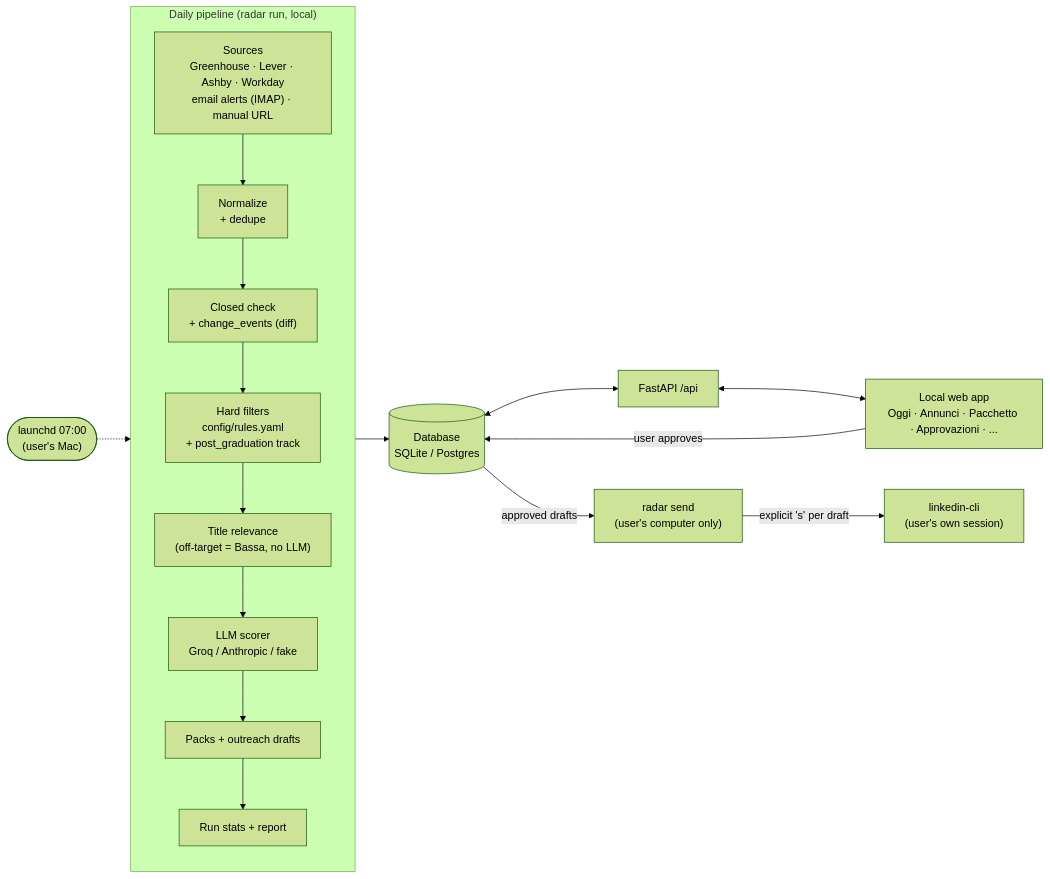
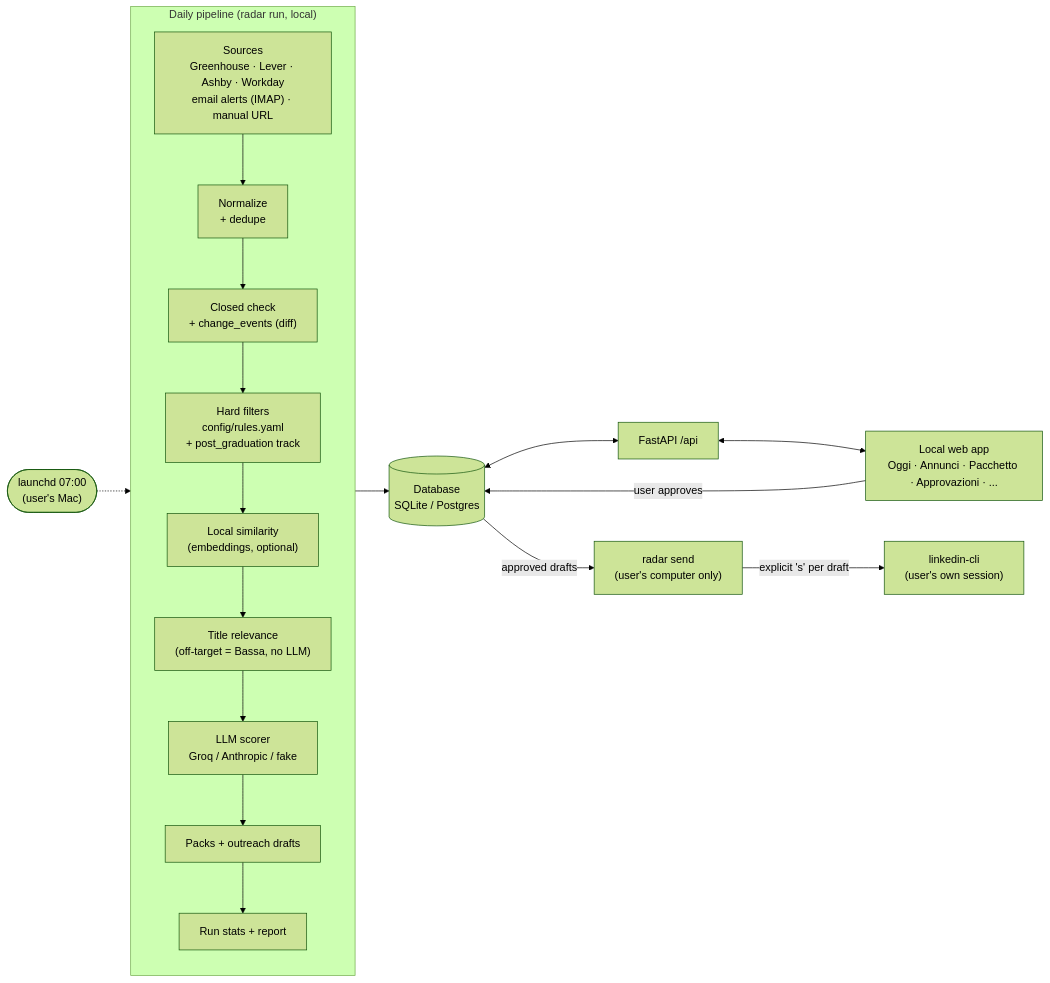
The diagram in docs/ARCHITECTURE.md (DanieleGiovanardi2408/speculor), drawn with Mermaid (forest theme) before and after one commit. The commit also changed other lines of this file and 17 other files, not shown here.

First line of the commit message:
feat(rank): local embedding pre-ranking before LLM scoring

````diff
--- a/docs/ARCHITECTURE.md
+++ b/docs/ARCHITECTURE.md
@@ -11,19 +11,20 @@
 ```mermaid
 flowchart LR
     LD(["launchd 07:00<br/>(user's Mac)"]) -.-> Daily
     subgraph Daily["Daily pipeline (radar run, local)"]
         S["Sources<br/>Greenhouse · Lever · Ashby · Workday<br/>email alerts (IMAP) · manual URL"] --> N["Normalize<br/>+ dedupe"]
         N --> C["Closed check<br/>+ change_events (diff)"]
         C --> F["Hard filters<br/>config/rules.yaml<br/>+ post_graduation track"]
-        F --> RL["Title relevance<br/>(off-target = Bassa, no LLM)"]
+        F --> EM["Local similarity<br/>(embeddings, optional)"]
+        EM --> RL["Title relevance<br/>(off-target = Bassa, no LLM)"]
         RL --> L["LLM scorer<br/>Groq / Anthropic / fake"]
         L --> P["Packs + outreach drafts"]
         P --> R["Run stats + report"]
     end
     Daily --> DB[("Database<br/>SQLite / Postgres")]
     DB <--> API["FastAPI /api"]
     API <--> W["Local web app<br/>Oggi · Annunci · Pacchetto · Approvazioni · ..."]
     W -->|"user approves"| DB
     DB -->|"approved drafts"| SEND["radar send<br/>(user's computer only)"]
     SEND -->|"explicit 's' per draft"| LI["linkedin-cli<br/>(user's own session)"]
 ```
````
